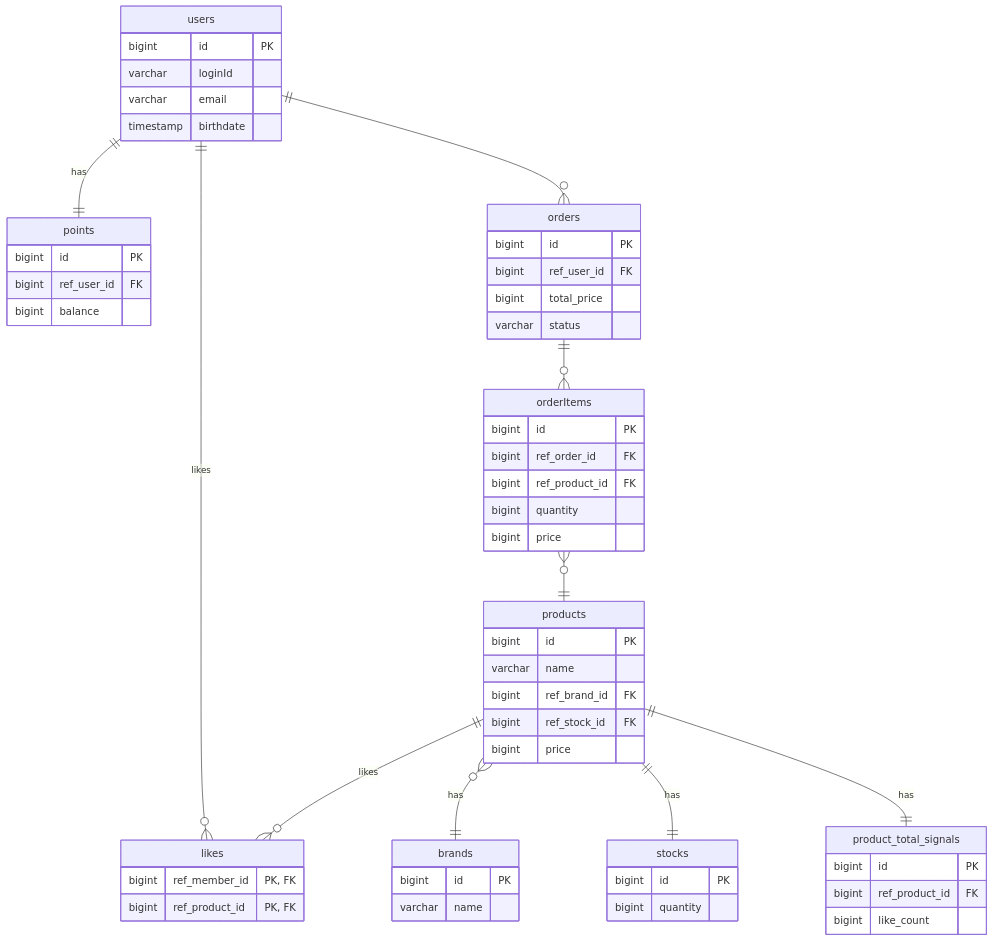
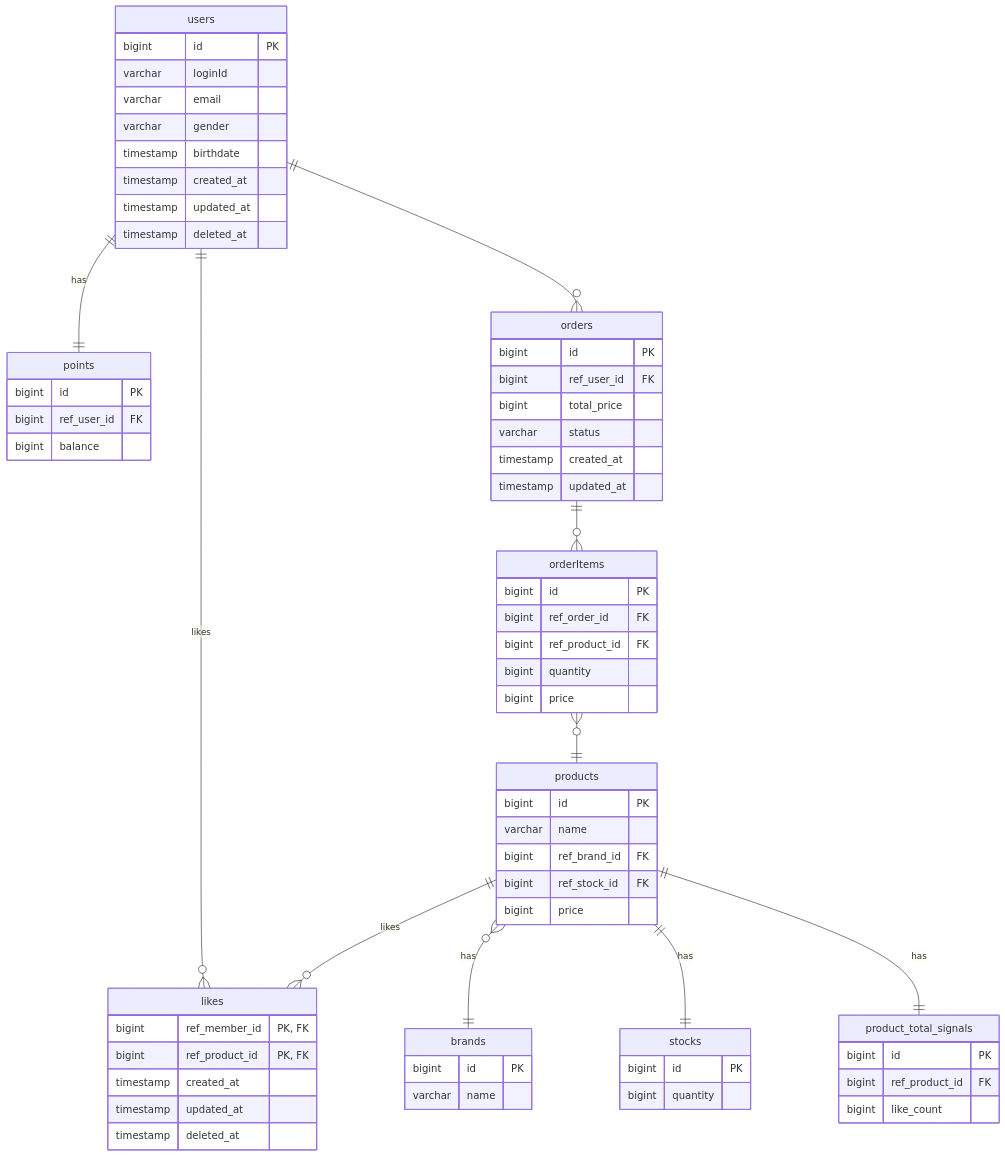
The diagram in .docs/design/04-erd.md (Loopers-dev-lab/loopers-spring-kotlin-template), drawn with Mermaid before and after one commit. The commit also changed 3 other files, not shown here.

````diff
--- a/.docs/design/04-erd.md
+++ b/.docs/design/04-erd.md
@@ -3,61 +3,70 @@
 ```mermaid
 erDiagram
     products {
         bigint id PK
         varchar name
         bigint ref_brand_id FK
         bigint ref_stock_id FK
         bigint price
     }
     product_total_signals {
         bigint id PK
         bigint ref_product_id FK
         bigint like_count
     }
     brands {
         bigint id PK
         varchar name
     }
     stocks {
         bigint id PK
         bigint quantity
     }
     likes {
         bigint ref_member_id "PK, FK"
         bigint ref_product_id "PK, FK"
+        timestamp created_at
+        timestamp updated_at
+        timestamp deleted_at
     }
     users {
         bigint id PK
         varchar loginId
         varchar email
+        varchar gender
         timestamp birthdate
+        timestamp created_at
+        timestamp updated_at
+        timestamp deleted_at
     }
     points {
         bigint id PK
         bigint ref_user_id FK
         bigint balance
     }
     orders {
         bigint id PK
         bigint ref_user_id FK
         bigint total_price
         varchar status
+        timestamp created_at
+        timestamp updated_at
     }
     orderItems {
         bigint id PK
         bigint ref_order_id FK
         bigint ref_product_id FK
         bigint quantity
         bigint price
     }
 
     users ||--|| points: "has"
     users ||--o{ likes: "likes"
     users ||--o{ orders: ""
     orders ||--o{ orderItems: ""
     orderItems }o--|| products: ""
     products ||--o{ likes: "likes"
     products }o--|| brands: "has"
     products ||--|| stocks: "has"
     products ||--|| product_total_signals: "has"
 ```
````
